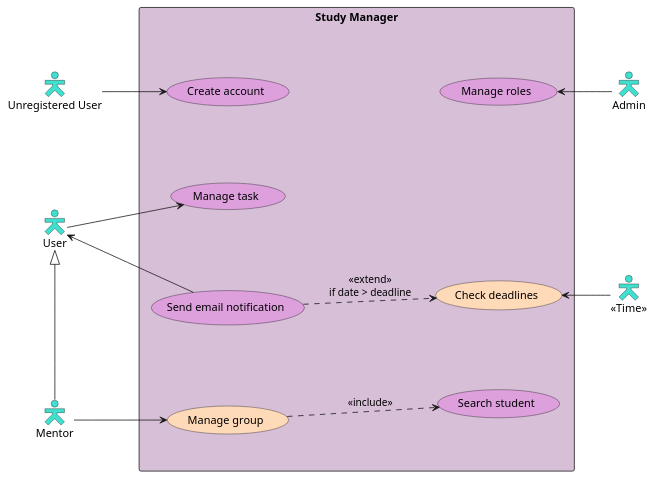
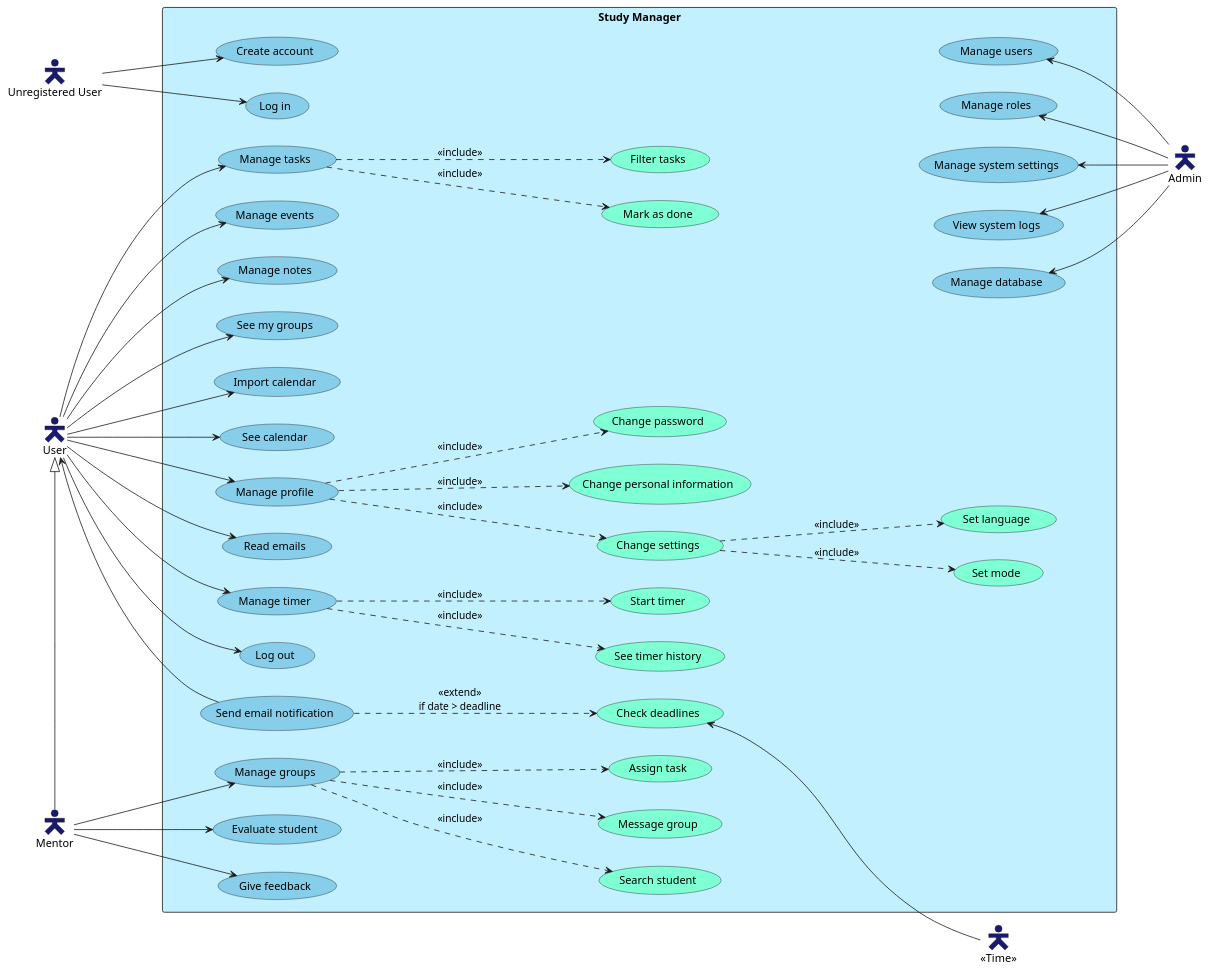
Before and after one commit to pb138-study-manager/pb138: the diagram in docs/analysis/use-case.puml, drawn with PlantUML.

Commit message:
Update Use Case Diagram according to notes from session1

```diff
--- a/docs/analysis/use-case.puml
+++ b/docs/analysis/use-case.puml
@@ -8,52 +8,120 @@
 @startuml Study Manager 
 
 !pragma ratio 0.80
 
 left to right direction
 
 ' Style: (colors from https://sarafian.github.io/assets/images/posts/plantuml/2021-02-24-plantuml-tips-tricks-1/colors.svg)
-skinparam UsecaseBackgroundColor Plum
-skinparam RectangleBackgroundColor Thistle
-skinparam ActorBackgroundColor Turquoise
+skinparam UsecaseBackgroundColor SkyBlue
+skinparam RectangleBackgroundColor APPLICATION
+skinparam ActorBackgroundColor MidnightBlue
 skinparam ActorStyle Hollow
 
 ' Actors:
 actor "Unregistered User" as unregisteredUser
 actor "User" as user
 actor "Mentor" as mentor
 actor "Admin" as admin
 'actor "<<System>>" as system
 actor "<<Time>>" as time
 
 ' System boundary:
 rectangle "Study Manager" as studyManager {
+    ' unregistered user
     usecase "Create account" as createAccount
-    usecase "Manage task" as manageTask
-    usecase "Manage group" as manageGroup #peachpuff
-    usecase "Search student" as searchStudent
+    usecase "Log in" as logIn
+
+    ' logged in user
+    usecase "Manage tasks" as manageTask
+    usecase "Filter tasks" as filter #aquamarine
+    usecase "Mark as done" as markDone #aquamarine
+    usecase "Manage events" as manageEvent
+    usecase "Manage notes" as manageNotes
+    usecase "See my groups" as seeGroups
+    usecase "Import calendar" as importCal
+    usecase "See calendar" as seeCal
+    usecase "Manage profile" as manageProfile
+    usecase "Change personal information" as changePersonalInfo #aquamarine
+    usecase "Change password" as changePassword #aquamarine
+    usecase "Change settings" as settings #aquamarine
+    usecase "Set language" as setLanguage #aquamarine
+    usecase "Set mode" as setMode #aquamarine
+    usecase "Read emails" as readEmails
+    usecase "Manage timer" as manageTimer
+    usecase "Start timer" as startTimer #aquamarine
+    usecase "See timer history" as timerHistory #aquamarine
+    usecase "Log out" as logOut
+
+    ' mentor
+    usecase "Manage groups" as manageGroup
+    usecase "Assign task" as assignTask #aquamarine
+    usecase "Search student" as searchStudent #aquamarine
+    usecase "Message group" as messageGroup #aquamarine
+    usecase "Evaluate student" as evaluateStudent
+    usecase "Give feedback" as giveFeedback
+    
+    'admin or system
     usecase "Send email notification" as sendNotification
-    usecase "Check deadlines" as checkDeadlines #peachpuff
+    usecase "Check deadlines" as checkDeadlines #aquamarine
+    usecase "Manage users" as manageUsers
     usecase "Manage roles" as manageRoles
+    usecase "Manage system settings" as manageSystemSettings
+    usecase "View system logs" as viewLogs
+    usecase "Manage database" as manageDatabase
 }
 
 ' Generalizations
 mentor -[norank]-|> user
 
 ' Includes and extends
+manageTask ..> filter : <<include>>
+manageTask ..> markDone : <<include>>
+manageProfile ..> changePersonalInfo : <<include>>
+manageProfile ..> changePassword : <<include>>
+manageProfile ..> settings : <<include>>
+settings ..> setLanguage : <<include>>
+settings ..> setMode : <<include>>
+manageTimer ..> startTimer : <<include>>
+manageTimer ..> timerHistory : <<include>>
+
+manageGroup ..> assignTask : <<include>>
+manageGroup ..> searchStudent : <<include>>
+manageGroup ..> messageGroup : <<include>>
+
 sendNotification ..> checkDeadlines : <<extend>>\nif date > deadline
-manageGroup ..> searchStudent : <<include>>
 
+' Associations:
 unregisteredUser --> createAccount
+unregisteredUser --> logIn
+
 user --> manageTask
-mentor --> manageGroup
-
-'sendNotification -- system
-checkDeadlines <-- time
-manageRoles <-- admin
-
+user --> manageEvent
+user --> manageNotes
+user --> seeGroups
+user --> importCal
+user --> seeCal
+user --> manageProfile
+user --> readEmails
+user --> manageTimer
+user --> logOut
 sendNotification --> user
 
+mentor --> manageGroup
+mentor --> evaluateStudent
+mentor --> giveFeedback
+
+checkDeadlines <-- time
+manageUsers <-- admin
+manageRoles <-- admin
+manageSystemSettings <-- admin
+viewLogs <-- admin
+manageDatabase <-- admin
+
 ' For layout purposes:
-createAccount -[hidden]-> manageRoles
+filter <-[hidden]- manageUsers
+filter <-[hidden]- manageRoles
+filter <-[hidden]- manageSystemSettings
+filter <-[hidden]- viewLogs
+filter <-[hidden]- manageDatabase
 
 @enduml
```
